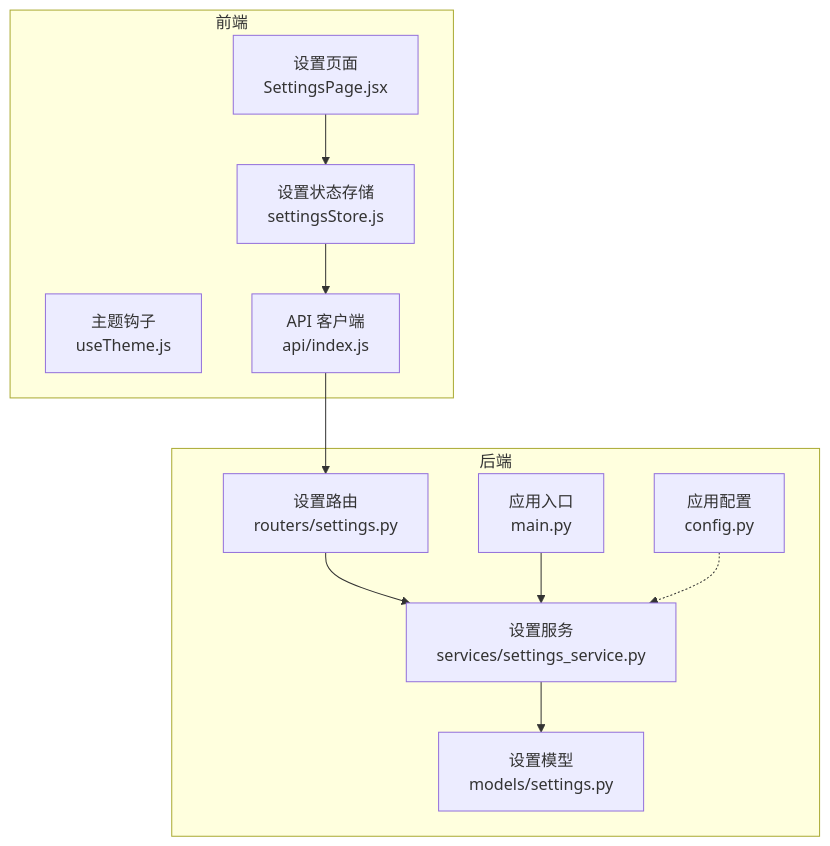
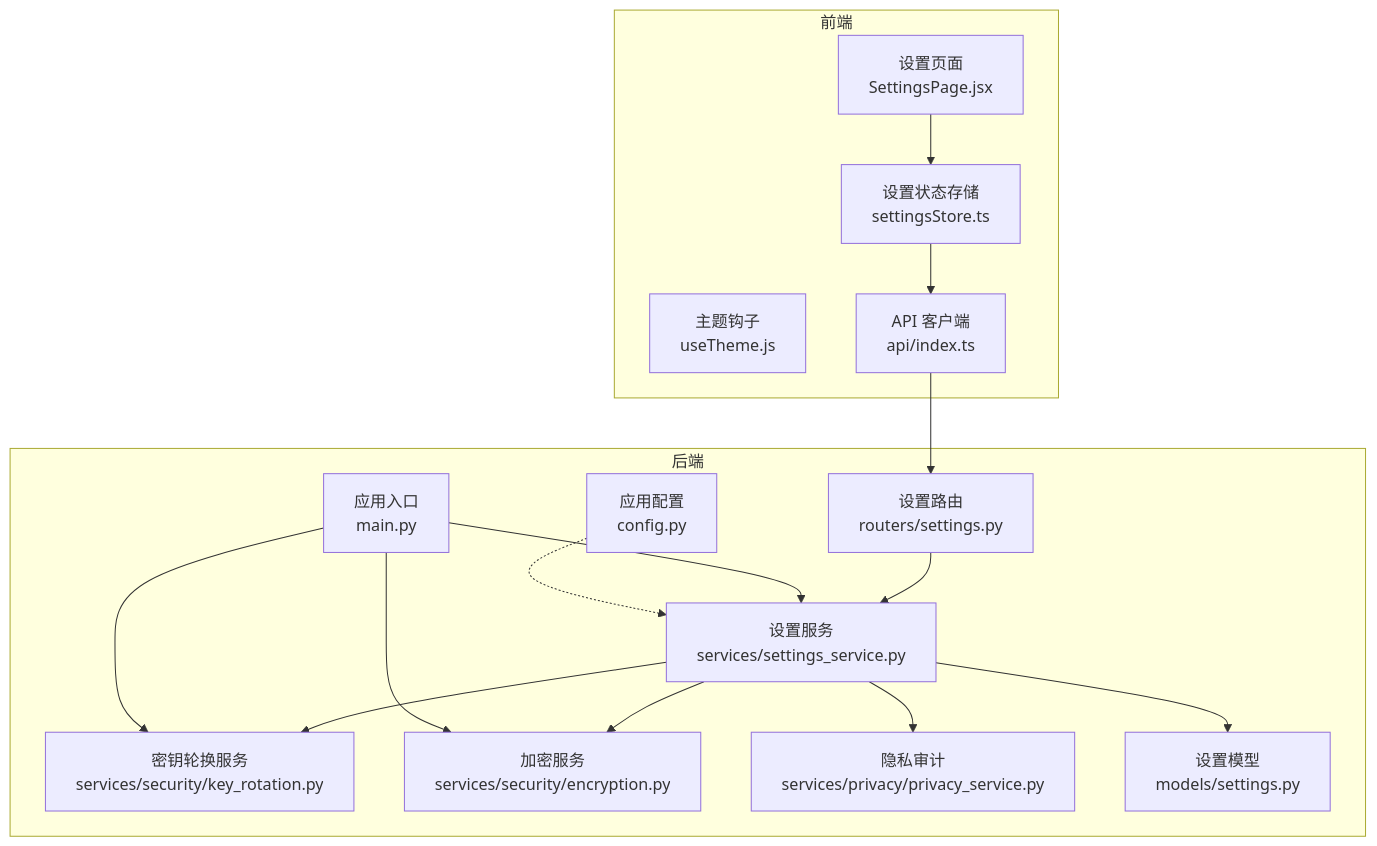
Before and after one commit to laohanhahaha/PaperChat: the first of 4 diagrams in .qoder/repowiki/zh/content/后端系统/业务服务层/设置服务.md, drawn with Mermaid. The commit also changed other lines of this file and 59 other files, not shown here.

````diff
--- a/.qoder/repowiki/zh/content/后端系统/业务服务层/设置服务.md
+++ b/.qoder/repowiki/zh/content/后端系统/业务服务层/设置服务.md
@@ -37,23 +50,31 @@
 ```mermaid
 graph TB
 subgraph "前端"
 FE_SettingsPage["设置页面<br/>SettingsPage.jsx"]
-FE_Store["设置状态存储<br/>settingsStore.js"]
+FE_Store["设置状态存储<br/>settingsStore.ts"]
 FE_ThemeHook["主题钩子<br/>useTheme.js"]
-FE_API["API 客户端<br/>api/index.js"]
+FE_API["API 客户端<br/>api/index.ts"]
 end
 subgraph "后端"
 BE_Router["设置路由<br/>routers/settings.py"]
 BE_Service["设置服务<br/>services/settings_service.py"]
+BE_KeyRotation["密钥轮换服务<br/>services/security/key_rotation.py"]
+BE_Encryption["加密服务<br/>services/security/encryption.py"]
+BE_Privacy["隐私审计<br/>services/privacy/privacy_service.py"]
 BE_Model["设置模型<br/>models/settings.py"]
 BE_Config["应用配置<br/>config.py"]
 BE_App["应用入口<br/>main.py"]
 end
 FE_SettingsPage --> FE_Store
 FE_Store --> FE_API
 FE_API --> BE_Router
 BE_Router --> BE_Service
+BE_Service --> BE_KeyRotation
+BE_Service --> BE_Encryption
+BE_Service --> BE_Privacy
 BE_Service --> BE_Model
 BE_App --> BE_Service
+BE_App --> BE_KeyRotation
+BE_App --> BE_Encryption
 BE_Config -.-> BE_Service
 ```
````
